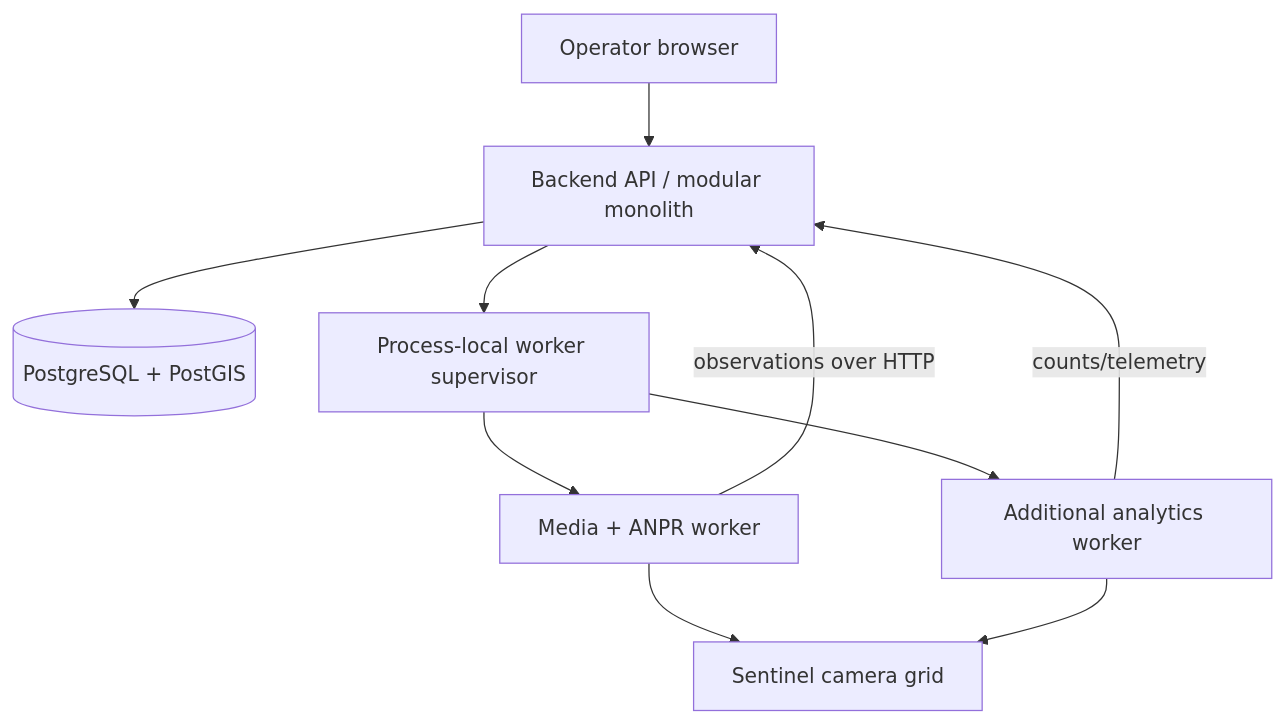
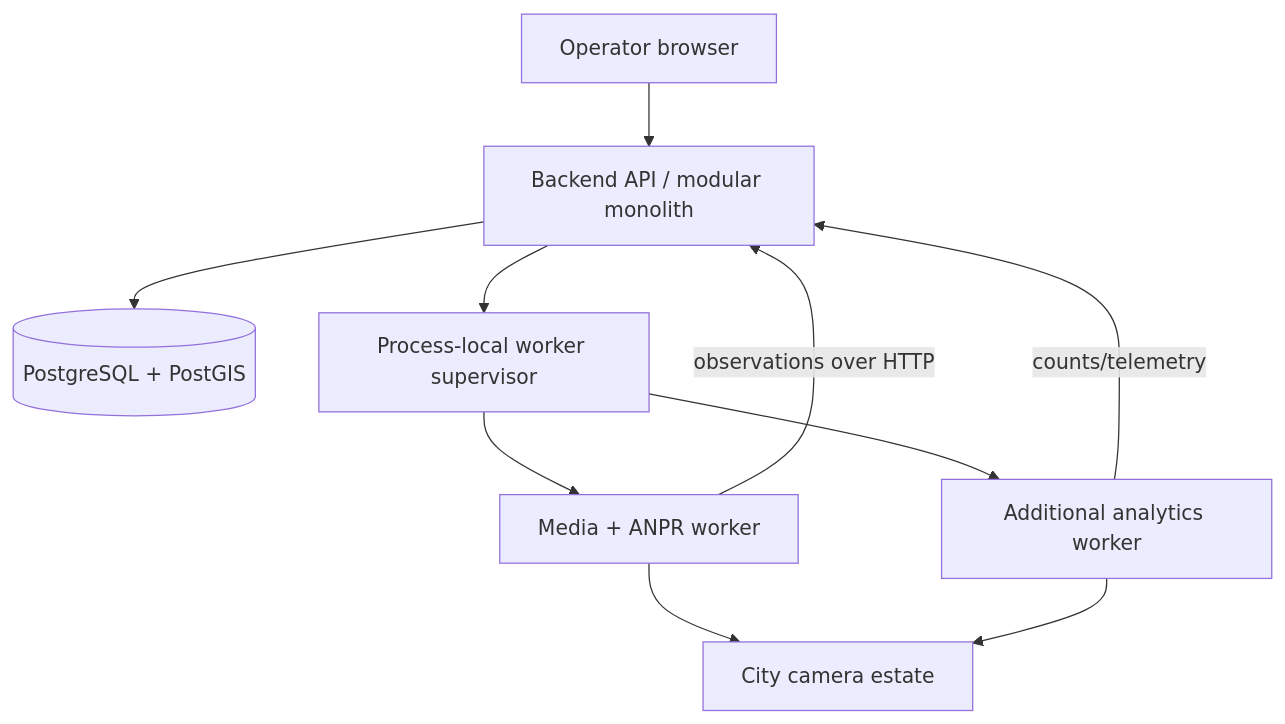
The second of 3 diagrams in docs/architecture.md (code-YK/ANPR-sih26), drawn with Mermaid before and after one commit. The commit also changed other lines of this file and 42 other files, not shown here.

````diff
--- a/docs/architecture.md
+++ b/docs/architecture.md
@@ -151,20 +155,20 @@
 ```mermaid
 flowchart TB
     Browser[Operator browser]
     API[Backend API / modular monolith]
     DB[(PostgreSQL + PostGIS)]
     Supervisor[Process-local worker supervisor]
     Worker1[Media + ANPR worker]
     WorkerN[Additional analytics worker]
-    Sources[Sentinel camera grid]
+    Sources[City camera estate]
 
     Browser --> API
     API --> DB
     API --> Supervisor
     Supervisor --> Worker1
     Supervisor --> WorkerN
     Worker1 --> Sources
     WorkerN --> Sources
     Worker1 -->|observations over HTTP| API
     WorkerN -->|counts/telemetry| API
 ```
````
